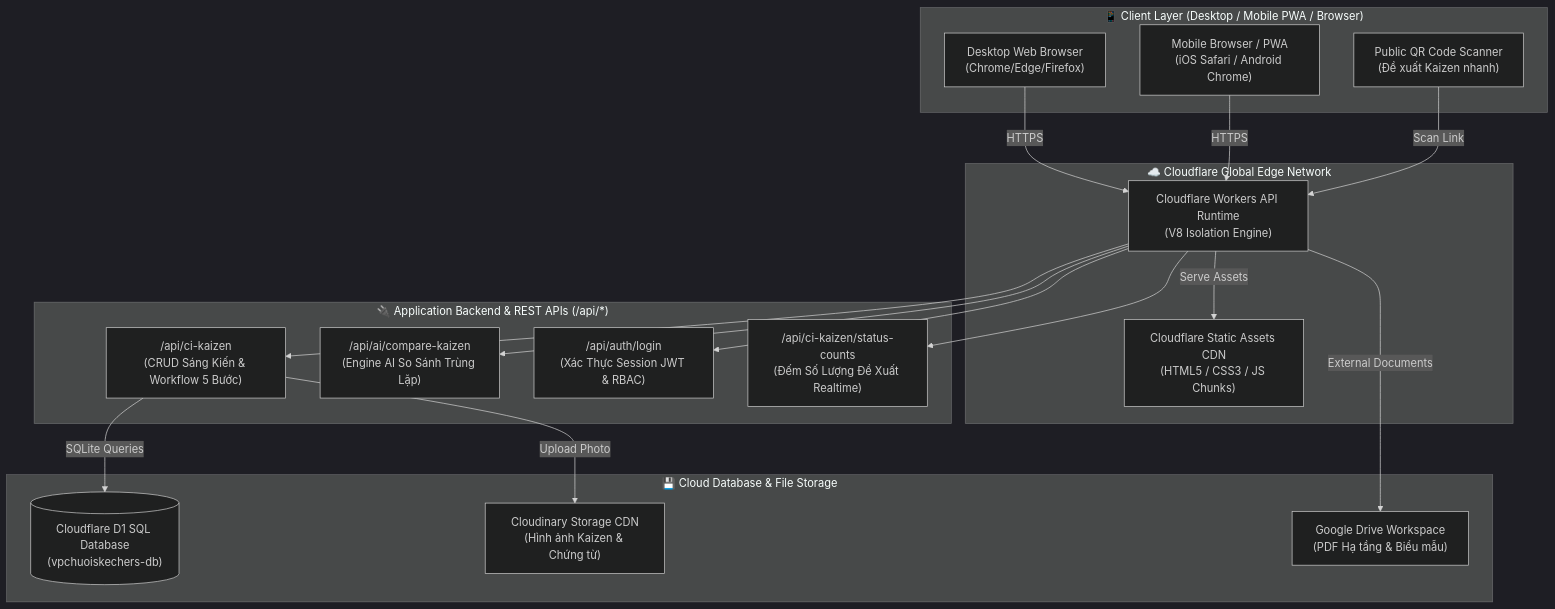
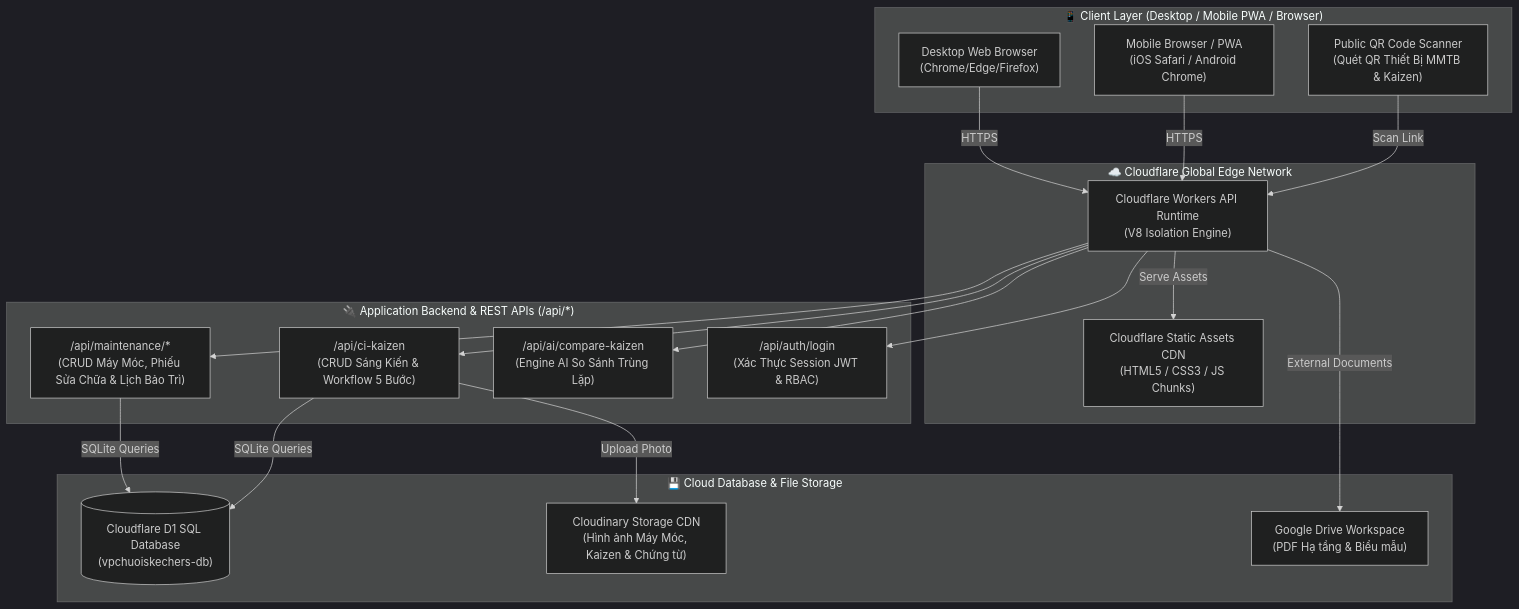
Before and after one commit to tbsgroup2026/vpchuoiskechers: the first of 2 diagrams in README.md, drawn with Mermaid (dark theme). The commit also changed other lines of this file and 1394 other files, not shown here.

````diff
--- a/README.md
+++ b/README.md
@@ -89,40 +75,41 @@
 ```mermaid
 flowchart TD
     subgraph CLIENT_LAYER ["📱 Client Layer (Desktop / Mobile PWA / Browser)"]
         UserPC["Desktop Web Browser\n(Chrome/Edge/Firefox)"]
         UserMobile["Mobile Browser / PWA\n(iOS Safari / Android Chrome)"]
-        UserQR["Public QR Code Scanner\n(Đề xuất Kaizen nhanh)"]
+        UserQR["Public QR Code Scanner\n(Quét QR Thiết Bị MMTB & Kaizen)"]
     end
 
     subgraph CDN_EDGE ["☁️ Cloudflare Global Edge Network"]
         WorkerEngine["Cloudflare Workers API Runtime\n(V8 Isolation Engine)"]
         AssetsCDN["Cloudflare Static Assets CDN\n(HTML5 / CSS3 / JS Chunks)"]
     end
 
     subgraph BACKEND_SERVICES ["🔌 Application Backend & REST APIs (/api/*)"]
+        API_MMTB["/api/maintenance/*\n(CRUD Máy Móc, Phiếu Sửa Chữa & Lịch Bảo Trì)"]
         API_Kaizen["/api/ci-kaizen\n(CRUD Sáng Kiến & Workflow 5 Bước)"]
         API_AI["/api/ai/compare-kaizen\n(Engine AI So Sánh Trùng Lặp)"]
         API_Auth["/api/auth/login\n(Xác Thực Session JWT & RBAC)"]
-        API_Counts["/api/ci-kaizen/status-counts\n(Đếm Số Lượng Đề Xuất Realtime)"]
     end
 
     subgraph DATA_STORAGE ["💾 Cloud Database & File Storage"]
         D1_DB[("Cloudflare D1 SQL Database\n(vpchuoiskechers-db)")]
-        CloudinaryCDN["Cloudinary Storage CDN\n(Hình ảnh Kaizen & Chứng từ)"]
+        CloudinaryCDN["Cloudinary Storage CDN\n(Hình ảnh Máy Móc, Kaizen & Chứng từ)"]
         GDriveDocs["Google Drive Workspace\n(PDF Hạ tầng & Biểu mẫu)"]
     end
 
     UserPC -->|HTTPS| WorkerEngine
     UserMobile -->|HTTPS| WorkerEngine
     UserQR -->|Scan Link| WorkerEngine
 
     WorkerEngine -->|Serve Assets| AssetsCDN
+    WorkerEngine --> API_MMTB
     WorkerEngine --> API_Kaizen
     WorkerEngine --> API_AI
     WorkerEngine --> API_Auth
-    WorkerEngine --> API_Counts
 
+    API_MMTB -->|SQLite Queries| D1_DB
     API_Kaizen -->|SQLite Queries| D1_DB
     API_Kaizen -->|Upload Photo| CloudinaryCDN
     WorkerEngine -->|External Documents| GDriveDocs
 ```
````
